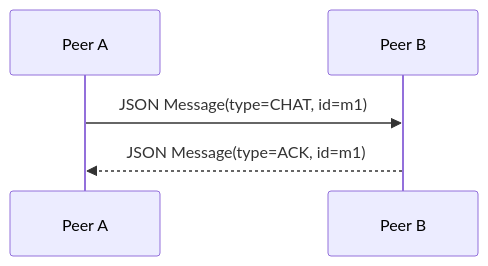
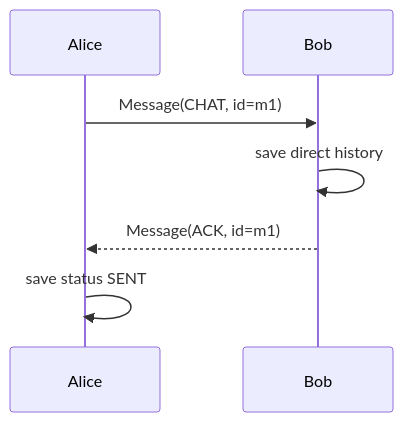
Before and after one commit to dungcony/p2p: the first of 5 diagrams in docs/nop-bai/03_giao_thuc_trao_doi_thong_diep.md, drawn with Mermaid. The commit also changed other lines of this file and 9 other files, not shown here.

````diff
--- a/docs/nop-bai/03_giao_thuc_trao_doi_thong_diep.md
+++ b/docs/nop-bai/03_giao_thuc_trao_doi_thong_diep.md
@@ -339,7 +151,9 @@
 ```mermaid
 sequenceDiagram
-    participant A as Peer A
-    participant B as Peer B
-    A->>B: JSON Message(type=CHAT, id=m1)
-    B-->>A: JSON Message(type=ACK, id=m1)
+    participant A as Alice
+    participant B as Bob
+    A->>B: Message(CHAT, id=m1)
+    B->>B: save direct history
+    B-->>A: Message(ACK, id=m1)
+    A->>A: save status SENT
 ```
````
